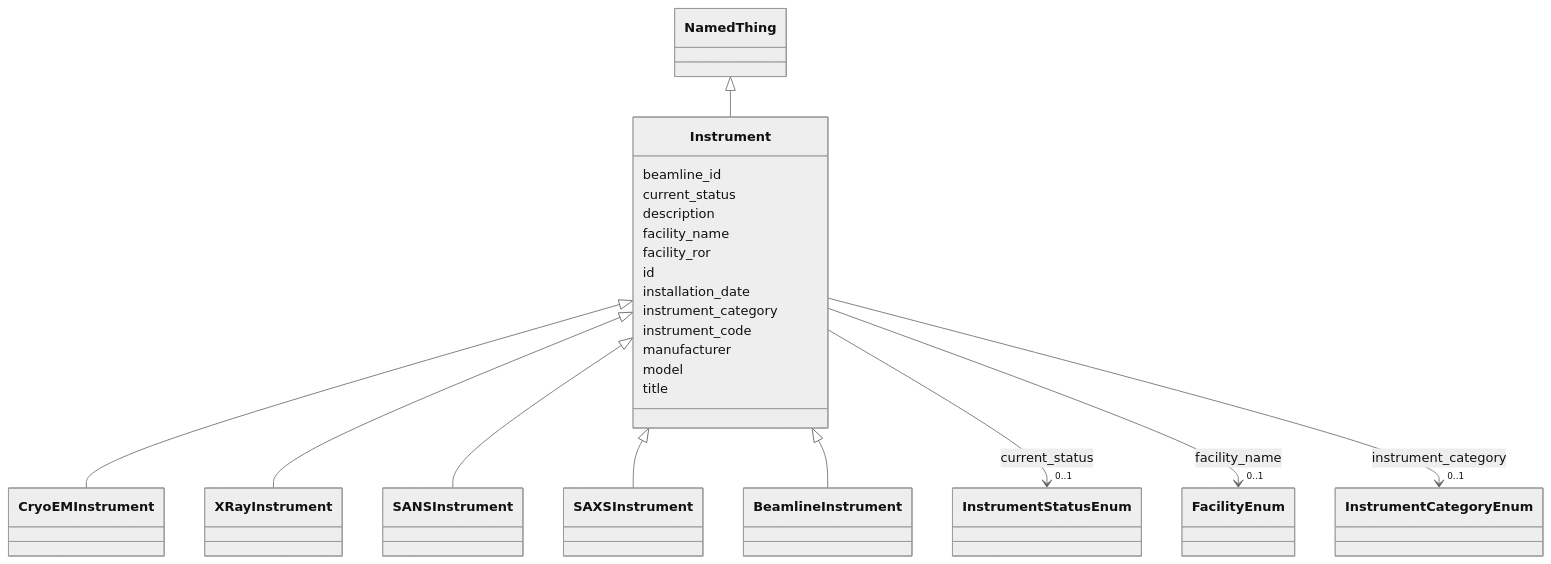
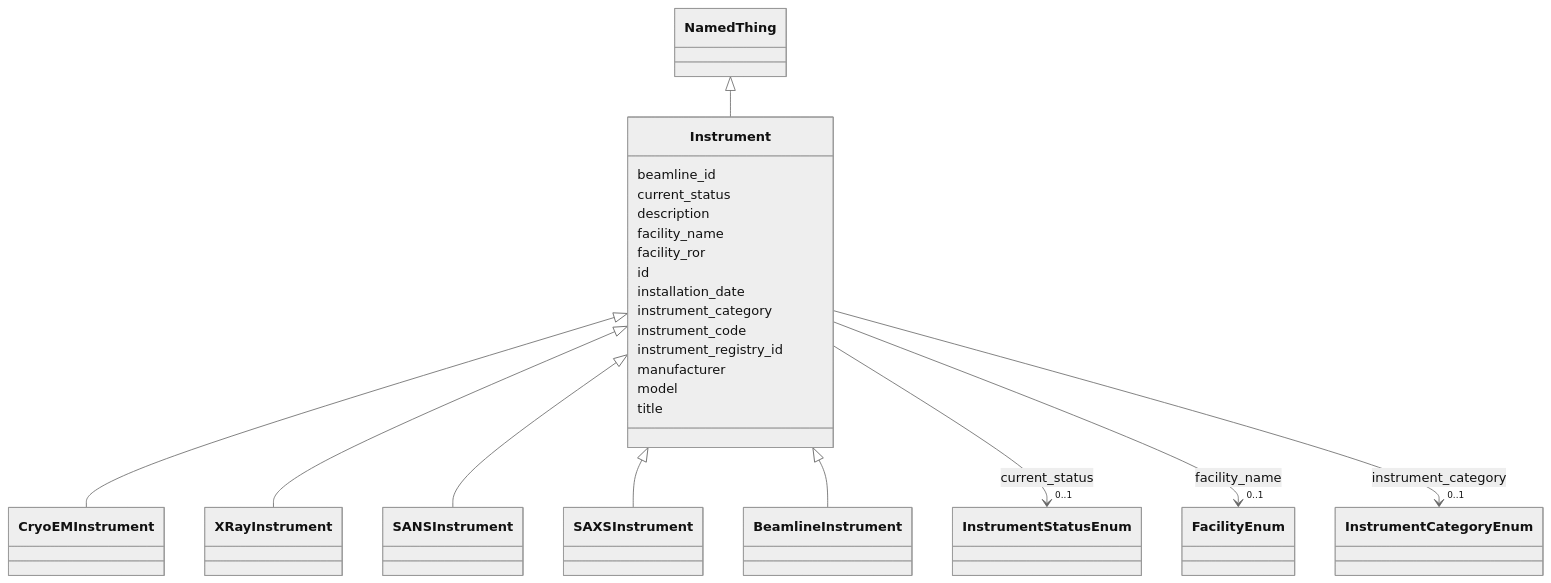
One commit to lambda-ber/lambda-ber-schema changed the diagram in docs/elements/Instrument.md. Above: the diagram before and after it, drawn with Mermaid (neutral theme). The commit also changed other lines of this file and 236 other files, not shown here.

````diff
--- a/docs/elements/Instrument.md
+++ b/docs/elements/Instrument.md
@@ -18,73 +18,75 @@
 ```mermaid
  classDiagram
     class Instrument
     click Instrument href "../Instrument/"
       NamedThing <|-- Instrument
         click NamedThing href "../NamedThing/"
       
 
       Instrument <|-- CryoEMInstrument
         click CryoEMInstrument href "../CryoEMInstrument/"
       Instrument <|-- XRayInstrument
         click XRayInstrument href "../XRayInstrument/"
       Instrument <|-- SANSInstrument
         click SANSInstrument href "../SANSInstrument/"
       Instrument <|-- SAXSInstrument
         click SAXSInstrument href "../SAXSInstrument/"
       Instrument <|-- BeamlineInstrument
         click BeamlineInstrument href "../BeamlineInstrument/"
       
 
       Instrument : beamline_id
         
       Instrument : current_status
         
           
     
         
         
         Instrument --> "0..1" InstrumentStatusEnum : current_status
         click InstrumentStatusEnum href "../InstrumentStatusEnum/"
     
 
         
       Instrument : description
         
       Instrument : facility_name
         
           
     
         
         
         Instrument --> "0..1" FacilityEnum : facility_name
         click FacilityEnum href "../FacilityEnum/"
     
 
         
       Instrument : facility_ror
         
       Instrument : id
         
       Instrument : installation_date
         
       Instrument : instrument_category
         
           
     
         
         
         Instrument --> "0..1" InstrumentCategoryEnum : instrument_category
         click InstrumentCategoryEnum href "../InstrumentCategoryEnum/"
     
 
         
       Instrument : instrument_code
         
+      Instrument : instrument_registry_id
+        
       Instrument : manufacturer
         
       Instrument : model
         
       Instrument : title
         
       
 ```
````
